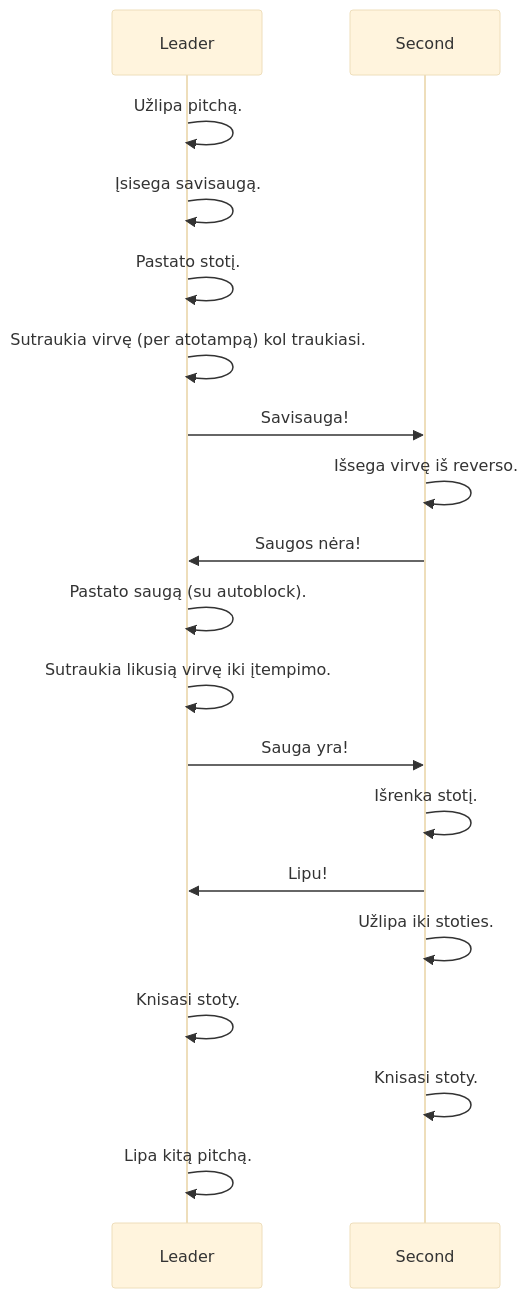
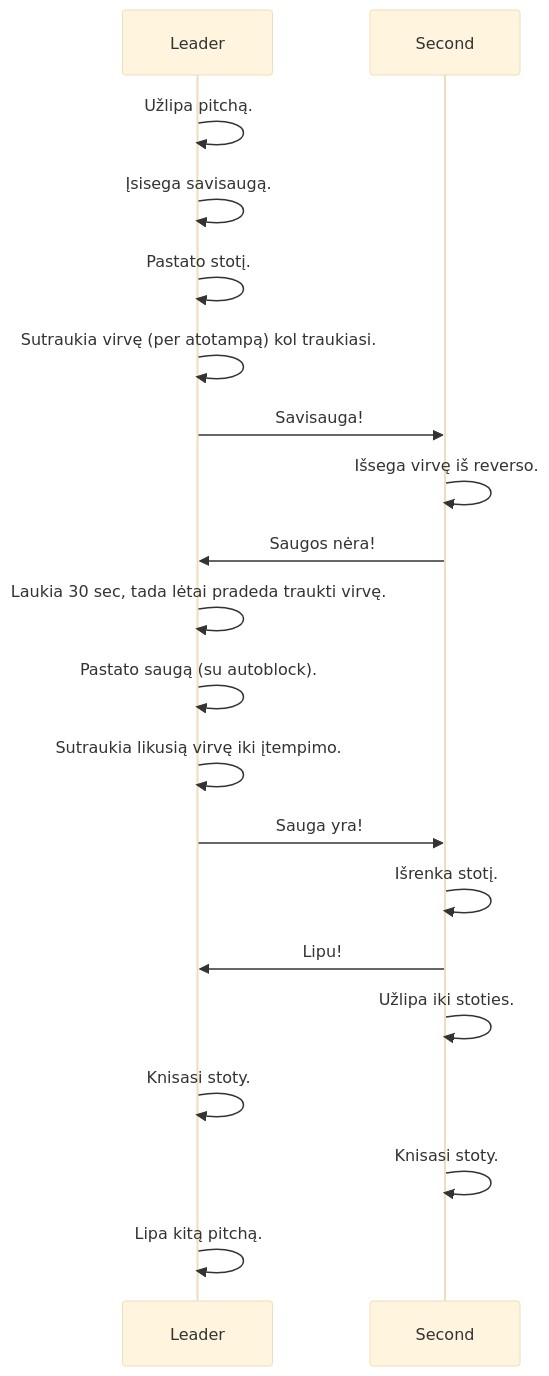
One commit to vzurauskas/multipitch changed the diagram in README.md. Above: the diagram before and after it, drawn with Mermaid (base theme). The commit also changed other lines of this file, not shown here.

````diff
--- a/README.md
+++ b/README.md
@@ -4,20 +4,21 @@
 ```mermaid
 sequenceDiagram
     Leader ->> Leader: Užlipa pitchą.
     Leader ->> Leader: Įsisega savisaugą.
     Leader ->> Leader: Pastato stotį.
     Leader ->> Leader: Sutraukia virvę (per atotampą) kol traukiasi.
     Leader ->> Second: Savisauga!
     Second ->> Second: Išsega virvę iš reverso.
     Second ->> Leader: Saugos nėra!
+    Leader ->> Leader: Laukia 30 sec, tada lėtai pradeda traukti virvę.
     Leader ->> Leader: Pastato saugą (su autoblock).
     Leader ->> Leader: Sutraukia likusią virvę iki įtempimo.
     Leader ->> Second: Sauga yra!
     Second ->> Second: Išrenka stotį.
     Second ->> Leader: Lipu!
     Second ->> Second: Užlipa iki stoties.
     Leader ->> Leader: Knisasi stoty.
     Second ->> Second: Knisasi stoty.
     Leader ->> Leader: Lipa kitą pitchą.
     
 ```
````
